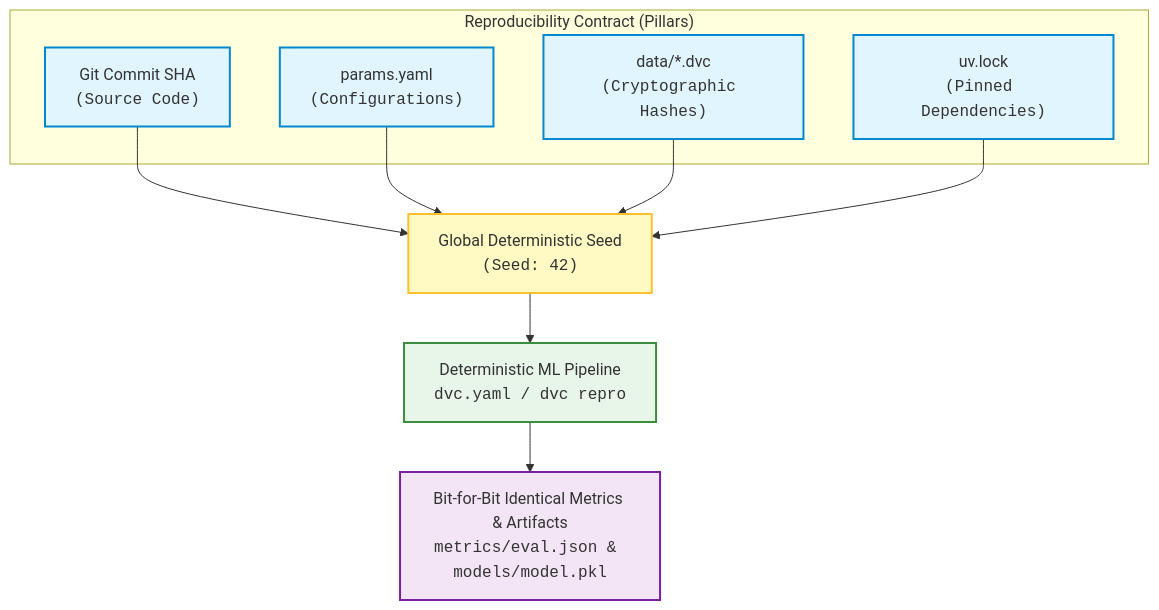
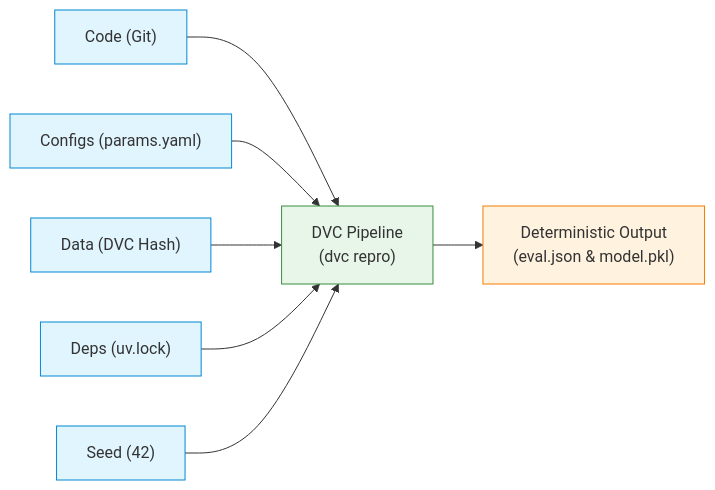
Before and after one commit to m-hassanqureshi/california_housing_mlops: the first of 3 diagrams in PLAN.md, drawn with Mermaid. The commit also changed other lines of this file and 19 other files, not shown here.

````diff
--- a/PLAN.md
+++ b/PLAN.md
@@ -88,30 +17,12 @@
 ```mermaid
-flowchart TD
-    subgraph Inputs["Reproducibility Contract (Pillars)"]
-        A["Git Commit SHA<br/><code>(Source Code)</code>"]
-        B["params.yaml<br/><code>(Configurations)</code>"]
-        C["data/*.dvc<br/><code>(Cryptographic Hashes)</code>"]
-        D["uv.lock<br/><code>(Pinned Dependencies)</code>"]
-    end
+flowchart LR
+    A["Code (Git)"] & B["Configs (params.yaml)"] & C["Data (DVC Hash)"] & D["Deps (uv.lock)"] & E["Seed (42)"] --> Pipe["DVC Pipeline<br/>(dvc repro)"]
+    Pipe --> Metric["Deterministic Output<br/>(eval.json & model.pkl)"]
 
-    E["Global Deterministic Seed<br/><code>(Seed: 42)</code>"]
-    F["Deterministic ML Pipeline<br/><code>dvc.yaml / dvc repro</code>"]
-    G["Bit-for-Bit Identical Metrics & Artifacts<br/><code>metrics/eval.json & models/model.pkl</code>"]
-
-    A --> E
-    B --> E
-    C --> E
-    D --> E
-    E --> F
-    F --> G
-
-    classDef pillar fill:#e1f5fe,stroke:#0288d1,stroke-width:2px;
-    classDef seed fill:#fff9c4,stroke:#fbc02d,stroke-width:2px;
-    classDef engine fill:#e8f5e9,stroke:#388e3c,stroke-width:2px;
-    classDef output fill:#f3e5f5,stroke:#7b1fa2,stroke-width:2px;
-
-    class A,B,C,D pillar;
-    class E seed;
-    class F engine;
-    class G output;
+    classDef in fill:#e1f5fe,stroke:#0288d1;
+    classDef pipe fill:#e8f5e9,stroke:#388e3c;
+    classDef out fill:#fff3e0,stroke:#f57c00;
+    class A,B,C,D,E in;
+    class Pipe pipe;
+    class Metric out;
 ```
````
